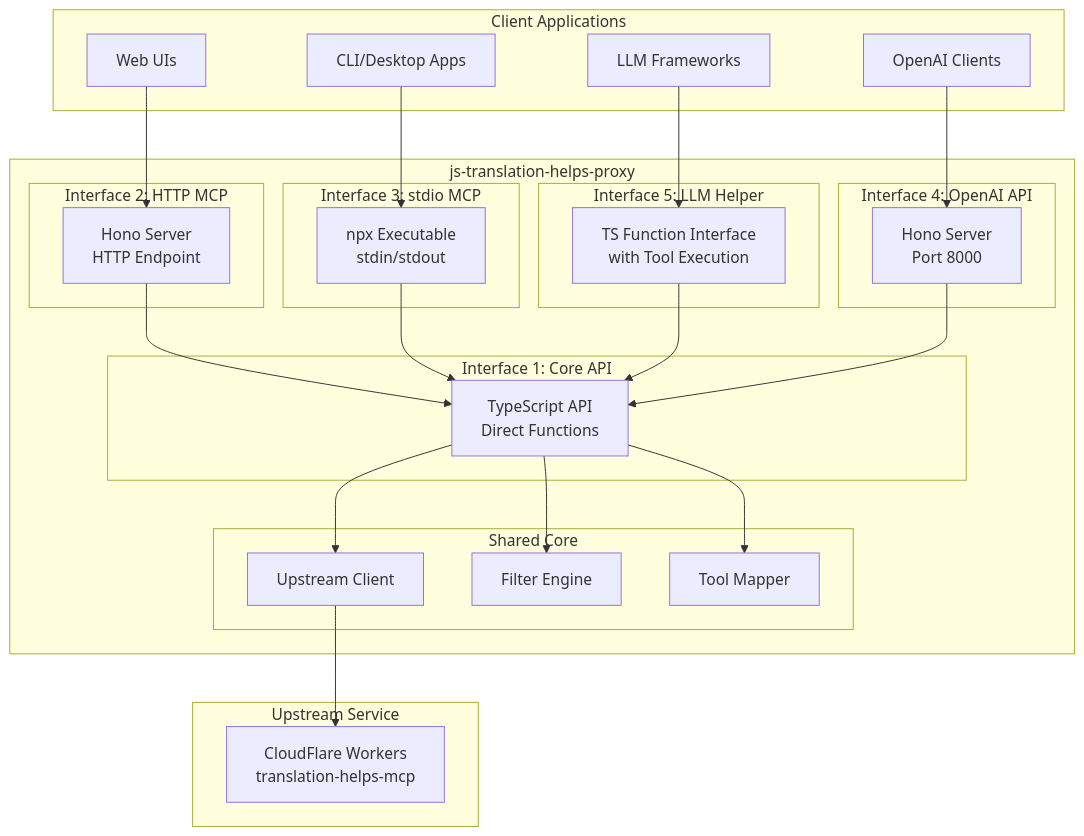
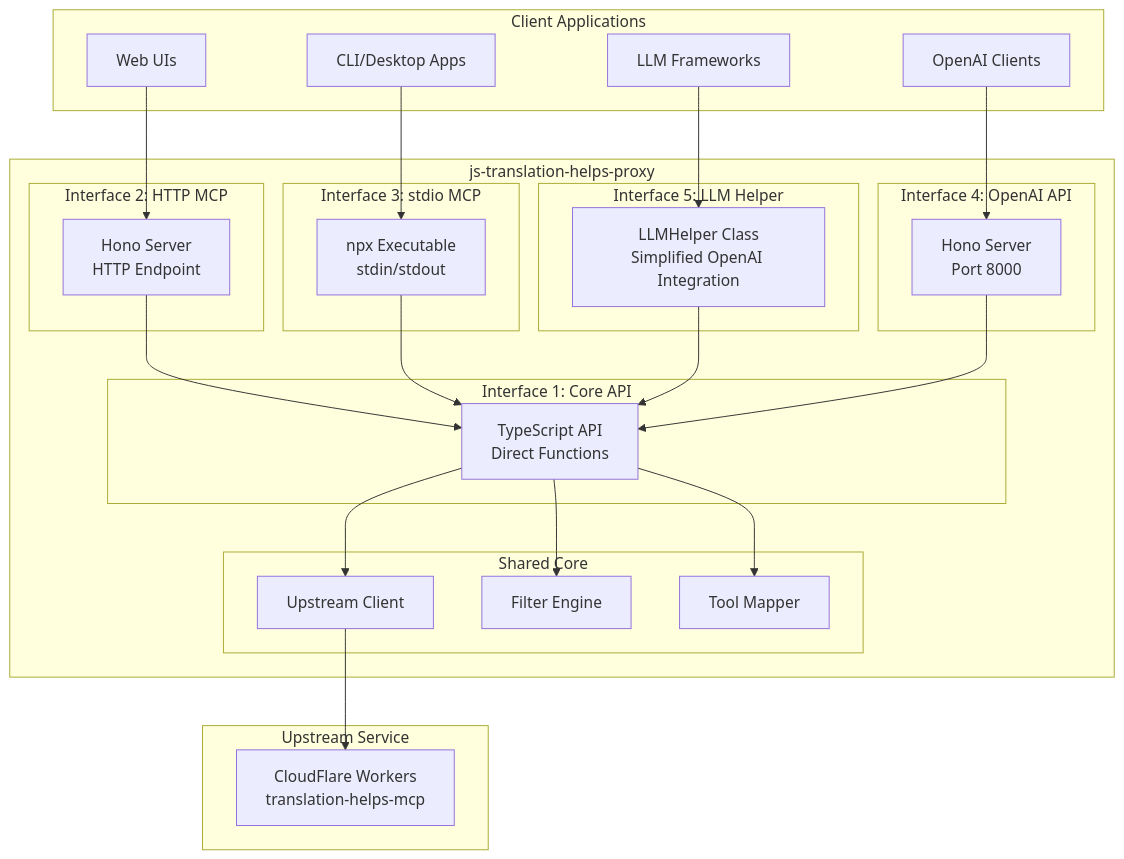
One commit to JEdward7777/js-translation-helps-proxy changed the diagram in ARCHITECTURE.md. Above: the diagram before and after it, drawn with Mermaid. The commit also changed other lines of this file, not shown here.

Commit message:
Updated Architecture document to match actual implementation.

````diff
--- a/ARCHITECTURE.md
+++ b/ARCHITECTURE.md
@@ -38,57 +38,57 @@
 ```mermaid
 graph TB
     subgraph "Client Applications"
         CLI[CLI/Desktop Apps]
         WebUI[Web UIs]
         LLM[LLM Frameworks]
         OpenAI[OpenAI Clients]
     end
     
     subgraph "js-translation-helps-proxy"
         subgraph "Interface 1: Core API"
             Core[TypeScript API<br/>Direct Functions]
         end
         
         subgraph "Interface 2: HTTP MCP"
             HTTP[Hono Server<br/>HTTP Endpoint]
         end
         
         subgraph "Interface 3: stdio MCP"
             Stdio[npx Executable<br/>stdin/stdout]
         end
         
         subgraph "Interface 4: OpenAI API"
             OpenAI_API[Hono Server<br/>Port 8000]
         end
         
         subgraph "Interface 5: LLM Helper"
-            Helper[TS Function Interface<br/>with Tool Execution]
+            Helper[LLMHelper Class<br/>Simplified OpenAI Integration]
         end
         
         subgraph "Shared Core"
             Upstream[Upstream Client]
             Filters[Filter Engine]
             Mapper[Tool Mapper]
         end
     end
     
     subgraph "Upstream Service"
         CloudFlare[CloudFlare Workers<br/>translation-helps-mcp]
     end
     
     CLI --> Stdio
     WebUI --> HTTP
     LLM --> Helper
     OpenAI --> OpenAI_API
     
     Core --> Upstream
     HTTP --> Core
     Stdio --> Core
     Helper --> Core
     OpenAI_API --> Core
     
     Core --> Filters
     Core --> Mapper
     
     Upstream --> CloudFlare
 ```
````
